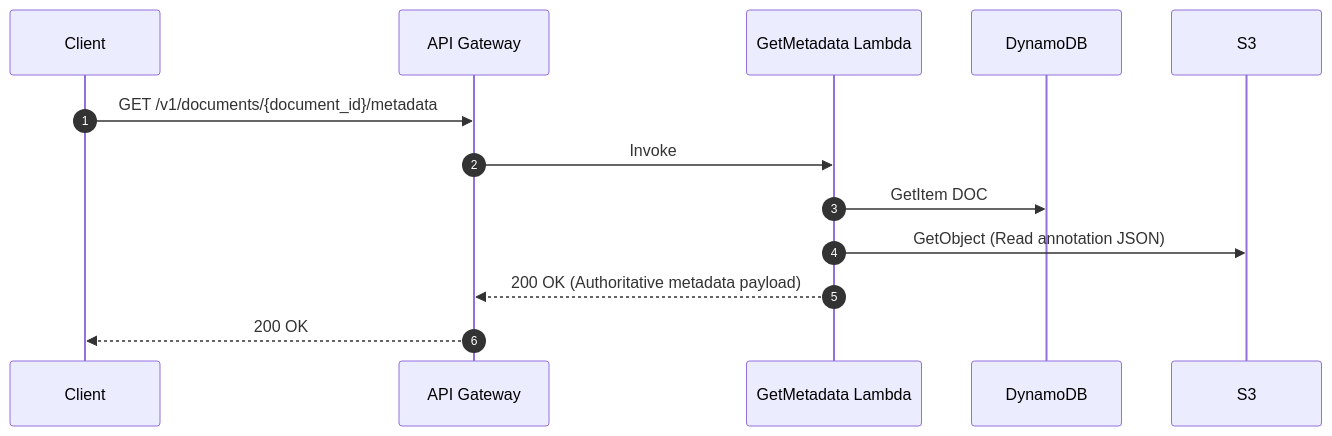
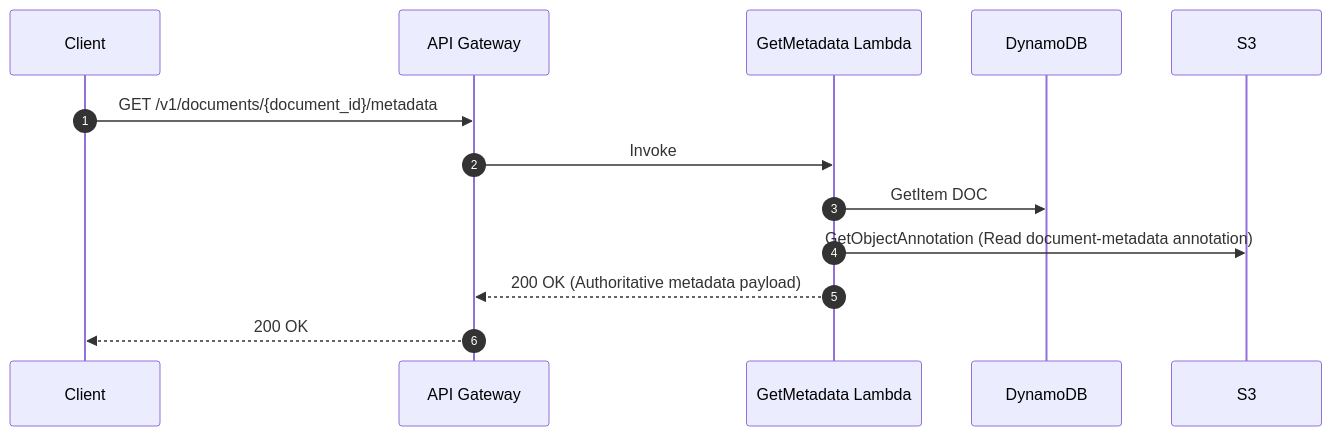
One commit to peydan/aws-doc-management-system changed the tenth of 17 diagrams in SOLUTION_ARCHITECTURE_SPECIFICATION.md. Above: the diagram before and after it, drawn with Mermaid. The commit also changed other lines of this file and 44 other files, not shown here.

Commit message:
feat: add frontend deployment configs, architecture diagrams, and backend updates

````diff
--- a/SOLUTION_ARCHITECTURE_SPECIFICATION.md
+++ b/SOLUTION_ARCHITECTURE_SPECIFICATION.md
@@ -815,10 +816,10 @@
   ```mermaid
   sequenceDiagram
     autonumber
     Client->>API Gateway: GET /v1/documents/{document_id}/metadata
     API Gateway->>GetMetadata Lambda: Invoke
     GetMetadata Lambda->>DynamoDB: GetItem DOC#{document_id}
-    GetMetadata Lambda->>S3: GetObject (Read annotation JSON)
+    GetMetadata Lambda->>S3: GetObjectAnnotation (Read document-metadata annotation)
     GetMetadata Lambda-->>API Gateway: 200 OK (Authoritative metadata payload)
     API Gateway-->>Client: 200 OK
   ```
````
